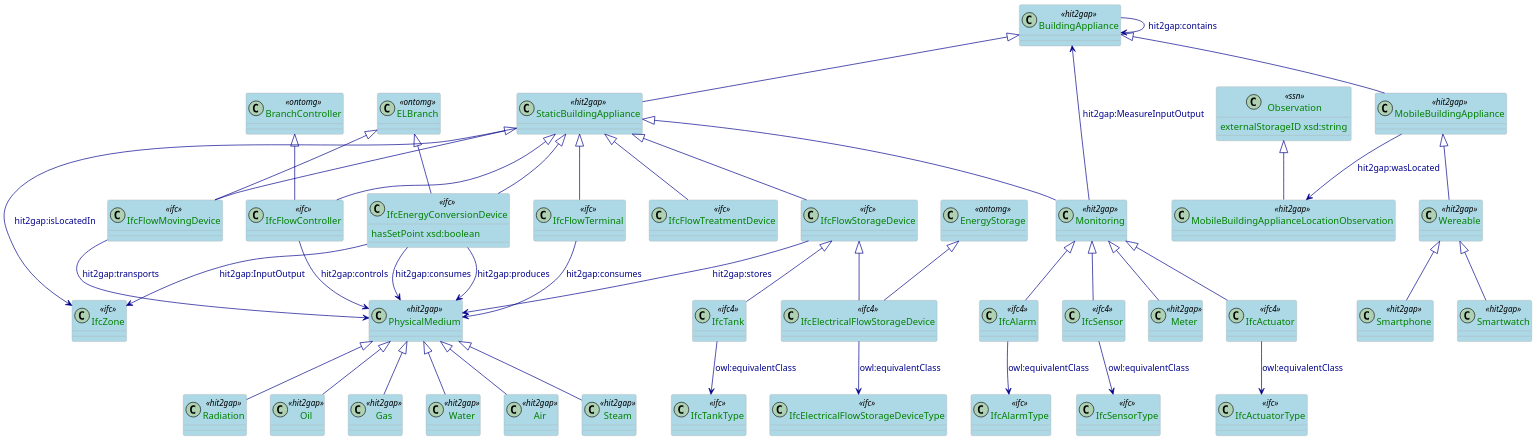
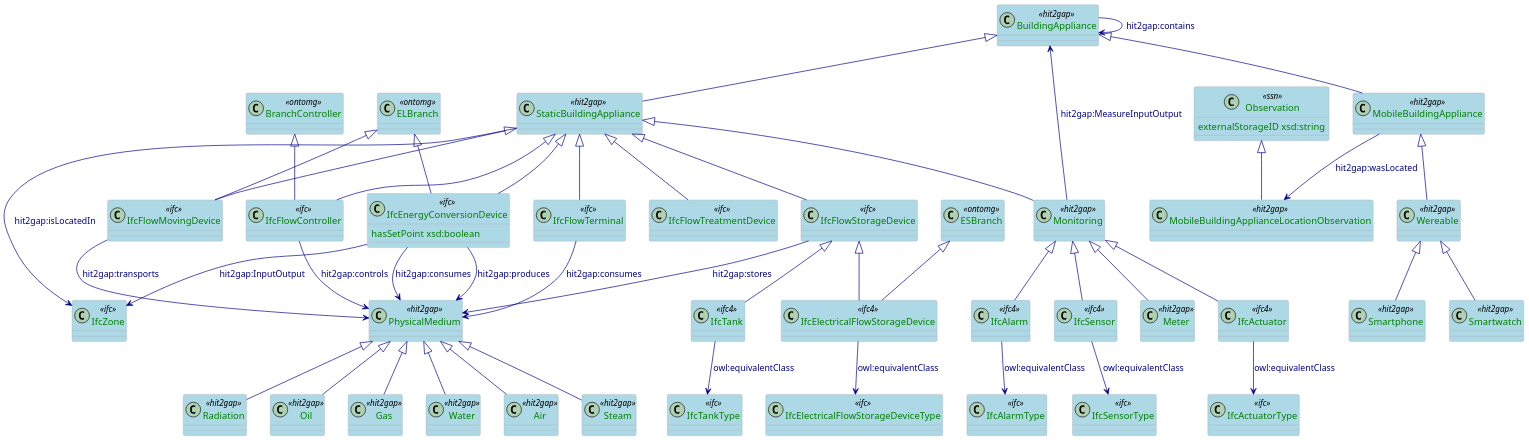
Before and after one commit to HIT2GAP-EU-PROJECT/BEMOnt: the diagram in docs/plantuml/BuildingAppliance.puml, drawn with PlantUML.

```diff
--- a/docs/plantuml/BuildingAppliance.puml
+++ b/docs/plantuml/BuildingAppliance.puml
@@ -1,125 +1,125 @@
 @startuml
 
 scale 0.5
 
 skinparam class {
   ArrowColor DarkBlue
   ArrowFontColor DarkBlue
   BackgroundColor LightBlue
   BorderColor DarkGrey
 }
 skinparam dpi 300
 skinparam stereotypeCBackgroundColor Wheat
 skinparam classAttributeFontColor  Green
 
 class BuildingAppliance <<hit2gap>>
 
 class StaticBuildingAppliance <<hit2gap>>
 class MobileBuildingAppliance <<hit2gap>>
 
 class Observation <<ssn>>  {
   externalStorageID xsd:string
 }
 
 class MobileBuildingApplianceLocationObservation <<hit2gap>>
 
 class IfcFlowTerminal <<ifc>>
 class Monitoring <<hit2gap>>
 class Wereable <<hit2gap>>
 class Smartwatch <<hit2gap>>
 class Smartphone <<hit2gap>>
 
 class IfcZone <<ifc>>
 class IfcActuator <<ifc4>>
 class IfcActuatorType <<ifc>>
 
 class IfcAlarm <<ifc4>>
 class IfcAlarmType <<ifc>>
 
 
 class IfcSensor <<ifc4>>
 class IfcSensorType <<ifc>>
 
 class Meter <<hit2gap>>
 
 class IfcFlowStorageDevice <<ifc>>
 class IfcFlowMovingDevice <<ifc>>
 class IfcFlowController <<ifc>>
 class IfcFlowTreatmentDevice <<ifc>>
 class IfcEnergyConversionDevice <<ifc>> {
   hasSetPoint xsd:boolean
 }
 
 class IfcElectricalFlowStorageDevice <<ifc4>>
 class IfcElectricalFlowStorageDeviceType <<ifc>>
 class IfcTank <<ifc4>>
 class IfcTankType <<ifc>>
 
 
 class ELBranch <<ontomg>>
-class EnergyStorage <<ontomg>>
+class ESBranch <<ontomg>>
 class BranchController <<ontomg>>
 
 
 class PhysicalMedium <<hit2gap>>
 class Oil <<hit2gap>>
 class Gas <<hit2gap>>
 class Water <<hit2gap>>
 class Air <<hit2gap>>
 class Steam <<hit2gap>>
 class Radiation <<hit2gap>>
 
 BuildingAppliance <|-- StaticBuildingAppliance 
 BuildingAppliance <|-- MobileBuildingAppliance 
 
 StaticBuildingAppliance <|-- IfcFlowTerminal
 StaticBuildingAppliance <|-- Monitoring
 MobileBuildingAppliance <|-- Wereable
 StaticBuildingAppliance --> IfcZone: hit2gap:isLocatedIn
 BuildingAppliance --> BuildingAppliance: hit2gap:contains
 Monitoring --> BuildingAppliance: hit2gap:MeasureInputOutput
 IfcEnergyConversionDevice --> IfcZone: hit2gap:InputOutput
 StaticBuildingAppliance <|-- IfcFlowStorageDevice
 IfcFlowStorageDevice <|-- IfcElectricalFlowStorageDevice
 IfcFlowStorageDevice <|-- IfcTank
 StaticBuildingAppliance <|-- IfcFlowMovingDevice
 StaticBuildingAppliance <|-- IfcFlowController
 StaticBuildingAppliance <|-- IfcFlowTreatmentDevice
 StaticBuildingAppliance <|-- IfcEnergyConversionDevice
 Observation <|-- MobileBuildingApplianceLocationObservation
 MobileBuildingAppliance --> MobileBuildingApplianceLocationObservation: hit2gap:wasLocated
 BranchController <|-- IfcFlowController
-EnergyStorage <|-- IfcElectricalFlowStorageDevice
+ESBranch <|-- IfcElectricalFlowStorageDevice
 ELBranch <|-- IfcFlowMovingDevice
 ELBranch <|-- IfcEnergyConversionDevice
 
 Wereable <|-- Smartwatch
 Wereable <|-- Smartphone
 
 Monitoring <|-- IfcSensor
 Monitoring <|-- IfcActuator
 Monitoring <|-- IfcAlarm
 Monitoring <|-- Meter
 
 PhysicalMedium <|-- Oil
 PhysicalMedium <|-- Gas
 PhysicalMedium <|-- Water
 PhysicalMedium <|-- Air
 PhysicalMedium <|-- Steam
 PhysicalMedium <|-- Radiation
 
 IfcFlowMovingDevice --> PhysicalMedium: hit2gap:transports
 IfcEnergyConversionDevice --> PhysicalMedium: hit2gap:consumes
 IfcEnergyConversionDevice --> PhysicalMedium: hit2gap:produces
 IfcFlowStorageDevice --> PhysicalMedium: hit2gap:stores
 IfcFlowController --> PhysicalMedium: hit2gap:controls
 IfcFlowTerminal --> PhysicalMedium: hit2gap:consumes
 
 IfcActuator --> IfcActuatorType: owl:equivalentClass
 IfcAlarm --> IfcAlarmType: owl:equivalentClass
 IfcSensor --> IfcSensorType: owl:equivalentClass
 IfcElectricalFlowStorageDevice --> IfcElectricalFlowStorageDeviceType: owl:equivalentClass
 IfcTank --> IfcTankType: owl:equivalentClass
 
 
 @enduml
```
